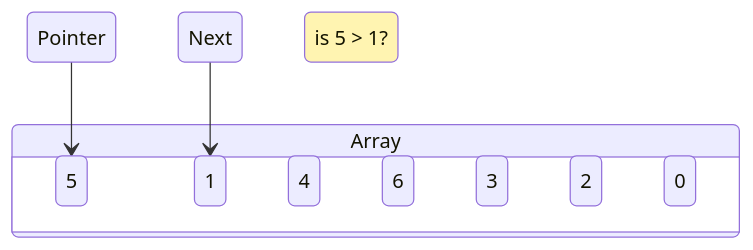
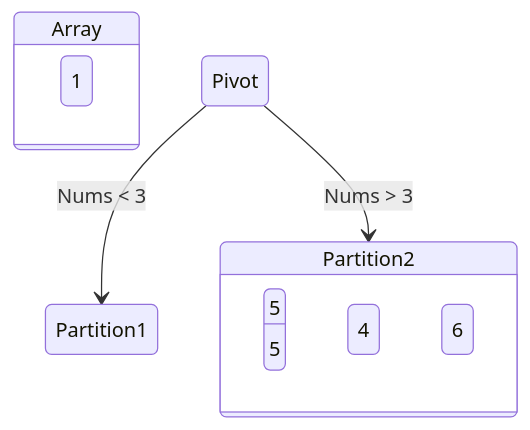
Before and after one commit to AegeanGrey/ProgrammingProject0_CS-2430: diagram 12 of 17 in docs/cs2430_CodingCadets_p1_Report.md, drawn with Mermaid. The commit also changed other lines of this file and 1 other file, not shown here.

Commit message:
Updated comments for QuickSort.py and added diagram flow for quicksort

````diff
--- a/docs/cs2430_CodingCadets_p1_Report.md
+++ b/docs/cs2430_CodingCadets_p1_Report.md
@@ -326,20 +389,20 @@
 ```mermaid
 stateDiagram-v2
 	classDef note fill:#fff4b1
 
     direction TB
     state Array {
 	    direction LR
         five: 5
         one: 1
+    }
+    
+    state Partition2 {
+        five: 5
         four: 4
         six: 6
-        three: 3
-        two: 2
-        zero: 0
     }
-	Pointer --> five
-	Next --> one
-	Note: is 5 > 1?
-	class Note note
+    
+    Pivot --> Partition1: Nums < 3
+    Pivot --> Partition2: Nums > 3
 ```
````
